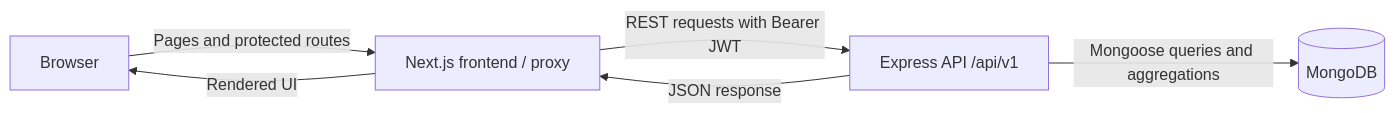
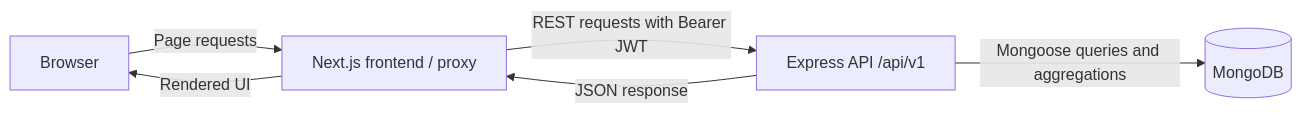
Before and after one commit to HafijurRahmanBhuiyan/doctor-tracker-backend: the diagram in README.md, drawn with Mermaid. The commit also changed other lines of this file, not shown here.

Commit message:
docs(backend): show mobile screenshots side by side and fix diagram labels

````diff
--- a/README.md
+++ b/README.md
@@ -66,8 +66,8 @@
 ```mermaid
 flowchart LR
-  B[Browser] -->|Pages and protected routes| N[Next.js frontend / proxy]
+  B[Browser] -->|Page requests| N[Next.js frontend / proxy]
   N -->|REST requests with Bearer JWT| E[Express API /api/v1]
   E -->|Mongoose queries and aggregations| M[(MongoDB)]
   E -->|JSON response| N
   N -->|Rendered UI| B
 ```
````
